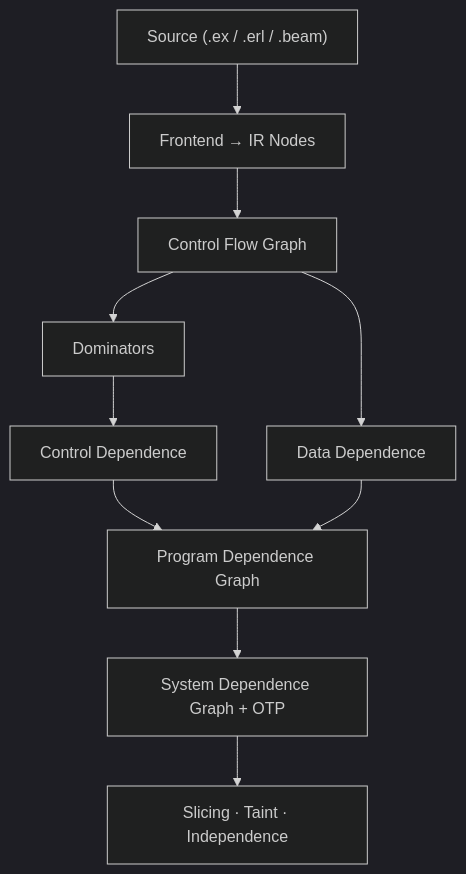
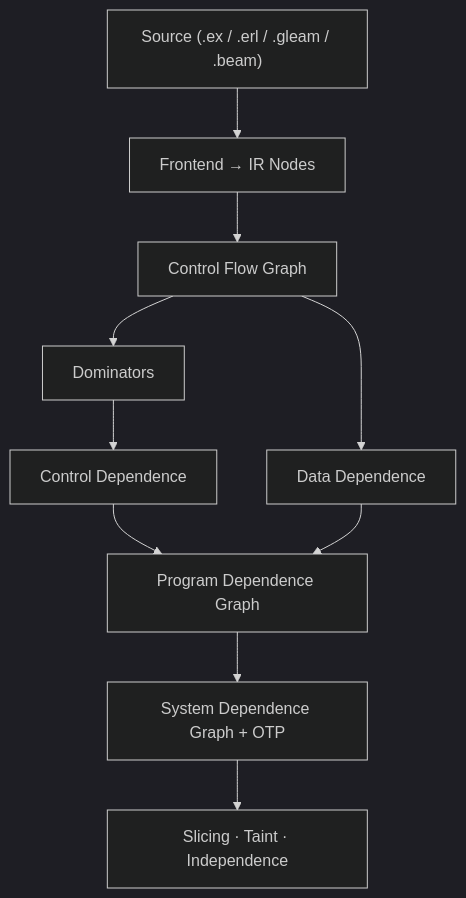
The diagram in README.md (EnthuZiastic/reach), drawn with Mermaid (dark theme) before and after one commit. The commit also changed other lines of this file, not shown here.

Commit message:
Update README with Gleam support

````diff
--- a/README.md
+++ b/README.md
@@ -204,13 +220,13 @@
 ```mermaid
 graph TD
-    Source["Source (.ex / .erl / .beam)"] --> Frontend
+    Source["Source (.ex / .erl / .gleam / .beam)"] --> Frontend
     Frontend["Frontend → IR Nodes"] --> CFG
     CFG["Control Flow Graph"] --> Dom
     Dom["Dominators"] --> CD
     CD["Control Dependence"] --> PDG
     CFG --> DD
     DD["Data Dependence"] --> PDG
     PDG["Program Dependence Graph"] --> SDG
     SDG["System Dependence Graph + OTP"] --> Query
     Query["Slicing · Taint · Independence"]
 ```
````
